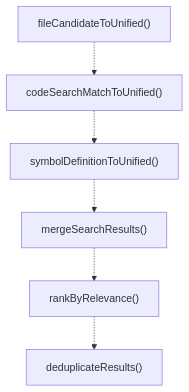
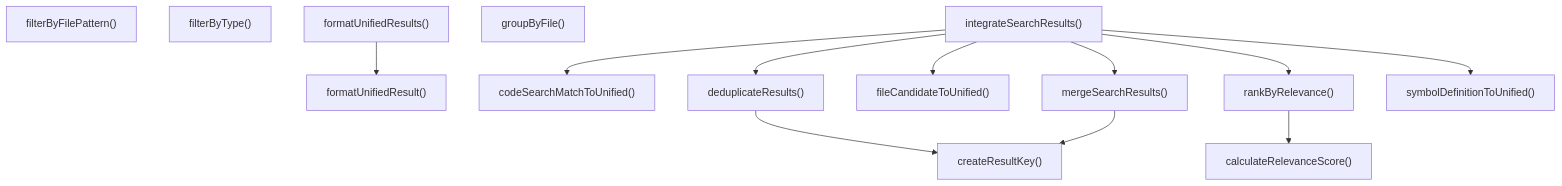
Before and after one commit to Mekann2904/mekann: the third of 4 diagrams in ABDD/.pi/extensions/search/utils/search-helpers.md, drawn with Mermaid. The commit also changed other lines of this file and 277 other files, not shown here.

````diff
--- a/ABDD/.pi/extensions/search/utils/search-helpers.md
+++ b/ABDD/.pi/extensions/search/utils/search-helpers.md
@@ -86,14 +86,27 @@
 ```mermaid
 flowchart TD
+  calculateRelevanceScore["calculateRelevanceScore()"]
+  codeSearchMatchToUnified["codeSearchMatchToUnified()"]
+  createResultKey["createResultKey()"]
+  deduplicateResults["deduplicateResults()"]
   fileCandidateToUnified["fileCandidateToUnified()"]
-  codeSearchMatchToUnified["codeSearchMatchToUnified()"]
-  symbolDefinitionToUnified["symbolDefinitionToUnified()"]
+  filterByFilePattern["filterByFilePattern()"]
+  filterByType["filterByType()"]
+  formatUnifiedResult["formatUnifiedResult()"]
+  formatUnifiedResults["formatUnifiedResults()"]
+  groupByFile["groupByFile()"]
+  integrateSearchResults["integrateSearchResults()"]
   mergeSearchResults["mergeSearchResults()"]
   rankByRelevance["rankByRelevance()"]
-  deduplicateResults["deduplicateResults()"]
-  fileCandidateToUnified -.-> codeSearchMatchToUnified
-  codeSearchMatchToUnified -.-> symbolDefinitionToUnified
-  symbolDefinitionToUnified -.-> mergeSearchResults
-  mergeSearchResults -.-> rankByRelevance
-  rankByRelevance -.-> deduplicateResults
+  symbolDefinitionToUnified["symbolDefinitionToUnified()"]
+  deduplicateResults --> createResultKey
+  formatUnifiedResults --> formatUnifiedResult
+  integrateSearchResults --> codeSearchMatchToUnified
+  integrateSearchResults --> deduplicateResults
+  integrateSearchResults --> fileCandidateToUnified
+  integrateSearchResults --> mergeSearchResults
+  integrateSearchResults --> rankByRelevance
+  integrateSearchResults --> symbolDefinitionToUnified
+  mergeSearchResults --> createResultKey
+  rankByRelevance --> calculateRelevanceScore
 ```
````
